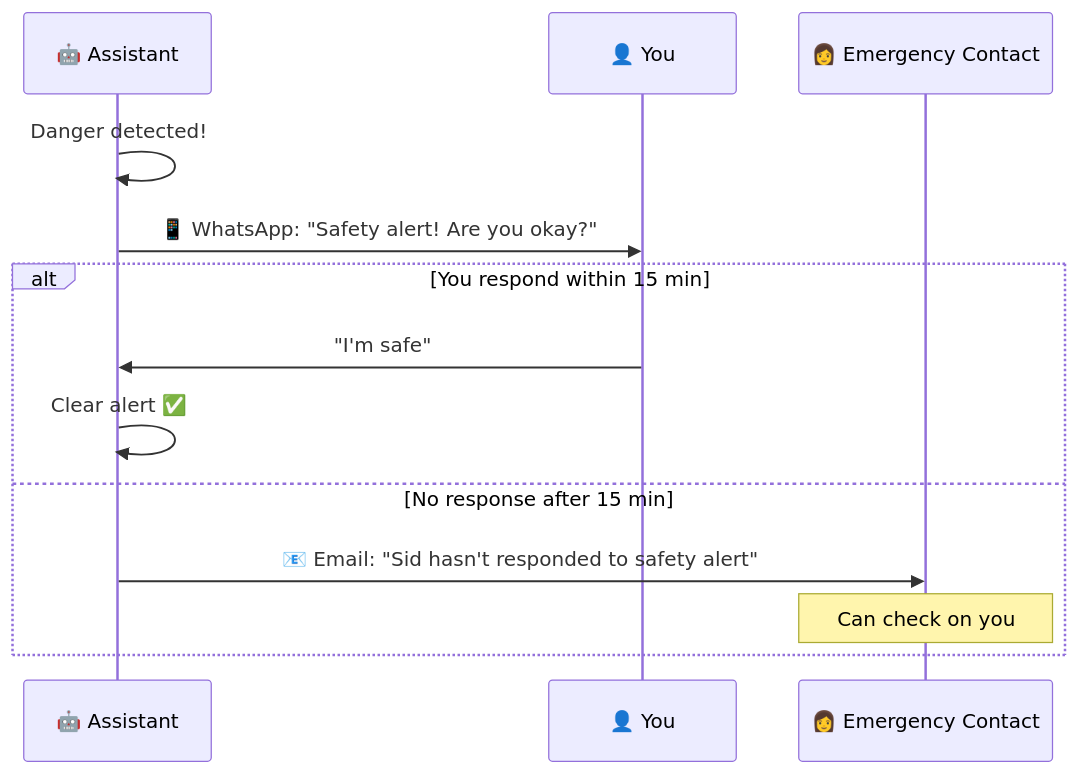
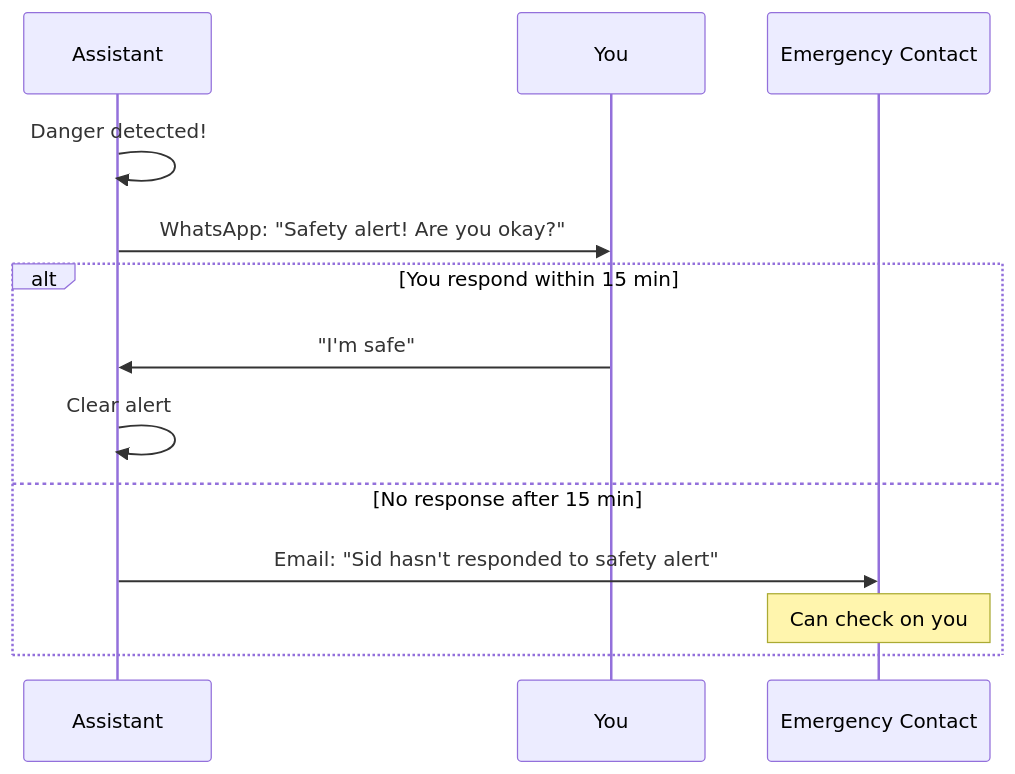
Before and after one commit to Dawgomatic/Xagent: the fourth of 5 diagrams in skills/skills/sidu/location-safety-skill/README.md, drawn with Mermaid. The commit also changed other lines of this file and 18009 other files, not shown here.

````diff
--- a/skills/skills/sidu/location-safety-skill/README.md
+++ b/skills/skills/sidu/location-safety-skill/README.md
@@ -106,17 +106,17 @@
 ```mermaid
 sequenceDiagram
-    participant AI as 🤖 Assistant
-    participant You as 👤 You
-    participant Wife as 👩 Emergency Contact
+    participant AI as  Assistant
+    participant You as  You
+    participant Wife as  Emergency Contact
     
     AI->>AI: Danger detected!
-    AI->>You: 📱 WhatsApp: "Safety alert! Are you okay?"
+    AI->>You:  WhatsApp: "Safety alert! Are you okay?"
     
     alt You respond within 15 min
         You->>AI: "I'm safe"
-        AI->>AI: Clear alert ✅
+        AI->>AI: Clear alert 
     else No response after 15 min
-        AI->>Wife: 📧 Email: "Sid hasn't responded to safety alert"
+        AI->>Wife:  Email: "Sid hasn't responded to safety alert"
         Note over Wife: Can check on you
     end
 ```
````
